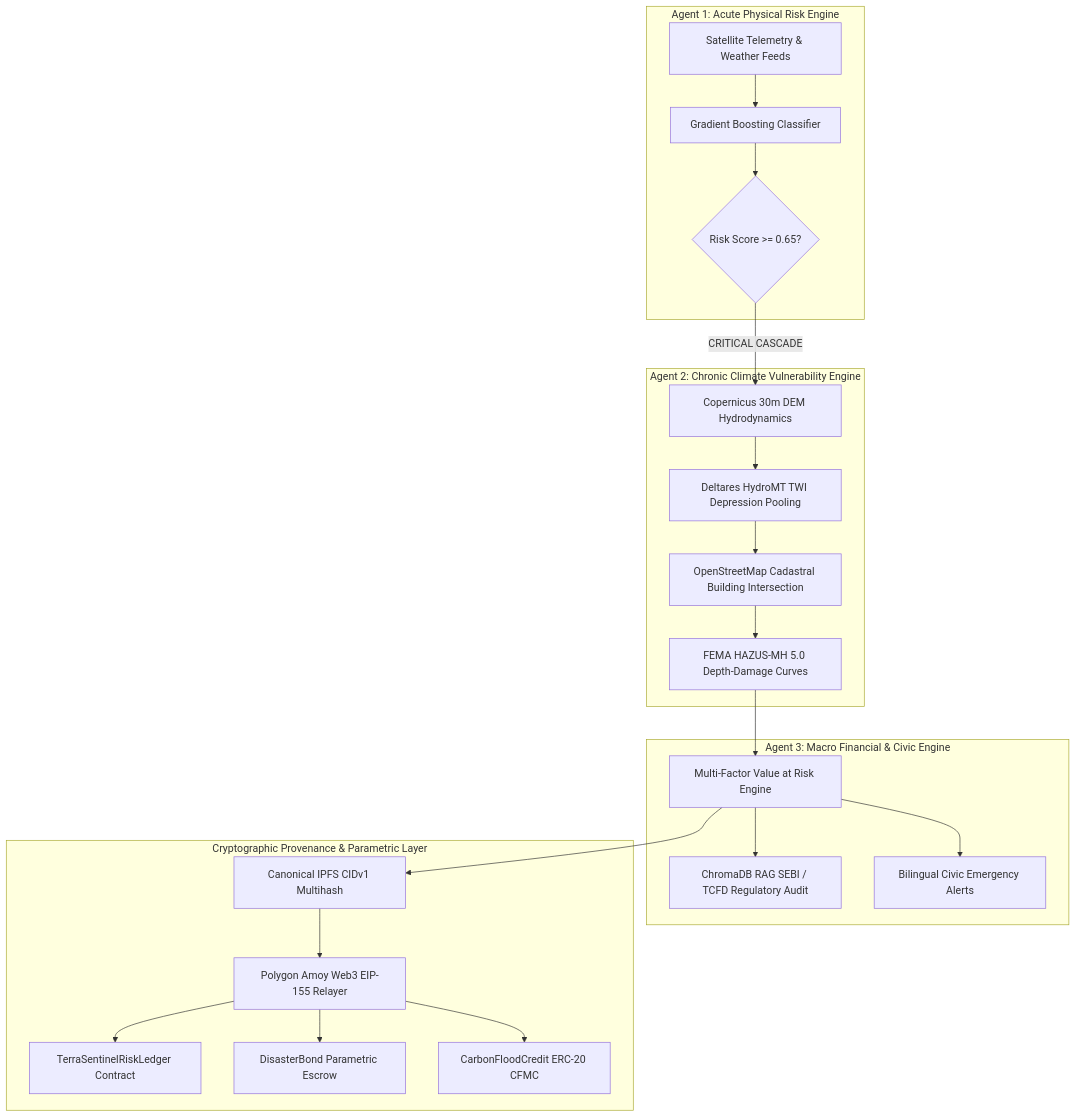
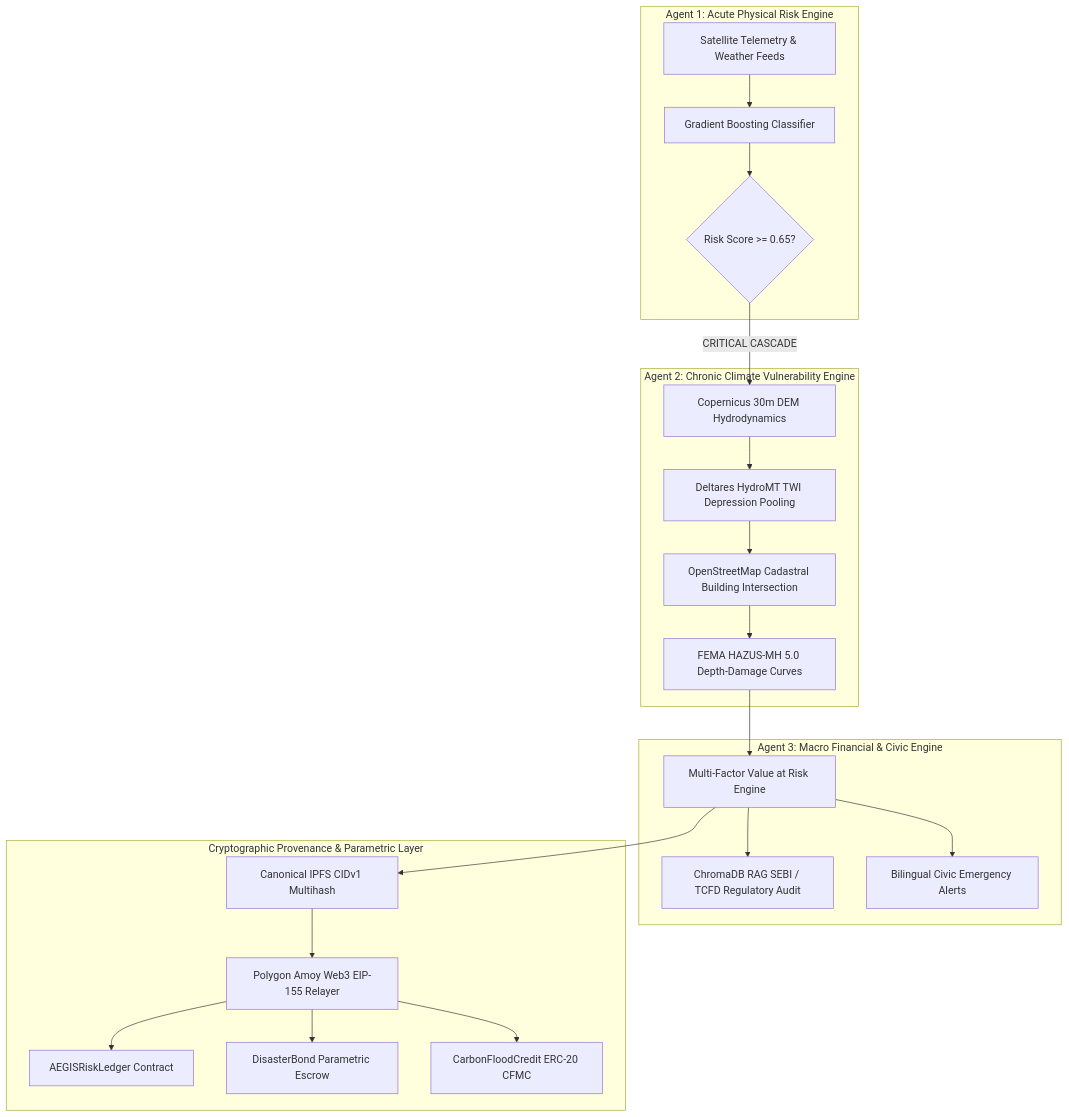
Before and after one commit to Niss54/AEGIS: the diagram in docs/PRD_VERIFIED_IMPLEMENTATION.md, drawn with Mermaid. The commit also changed other lines of this file and 112 other files, not shown here.

````diff
--- a/docs/PRD_VERIFIED_IMPLEMENTATION.md
+++ b/docs/PRD_VERIFIED_IMPLEMENTATION.md
@@ -12,28 +12,28 @@
 ```mermaid
 flowchart TD
     subgraph Agent_1["Agent 1: Acute Physical Risk Engine"]
         A1[Satellite Telemetry & Weather Feeds] --> A2[Gradient Boosting Classifier]
         A2 --> A3{Risk Score >= 0.65?}
     end
 
     subgraph Agent_2["Agent 2: Chronic Climate Vulnerability Engine"]
         A3 -->|CRITICAL CASCADE| B1[Copernicus 30m DEM Hydrodynamics]
         B1 --> B2[Deltares HydroMT TWI Depression Pooling]
         B2 --> B3[OpenStreetMap Cadastral Building Intersection]
         B3 --> B4[FEMA HAZUS-MH 5.0 Depth-Damage Curves]
     end
 
     subgraph Agent_3["Agent 3: Macro Financial & Civic Engine"]
         B4 --> C1[Multi-Factor Value at Risk Engine]
         C1 --> C2[ChromaDB RAG SEBI / TCFD Regulatory Audit]
         C1 --> C3[Bilingual Civic Emergency Alerts]
     end
 
     subgraph Provenance_Layer["Cryptographic Provenance & Parametric Layer"]
         C1 --> D1[Canonical IPFS CIDv1 Multihash]
         D1 --> D2[Polygon Amoy Web3 EIP-155 Relayer]
-        D2 --> D3[TerraSentinelRiskLedger Contract]
+        D2 --> D3[AEGISRiskLedger Contract]
         D2 --> D4[DisasterBond Parametric Escrow]
         D2 --> D5[CarbonFloodCredit ERC-20 CFMC]
     end
 ```
````
